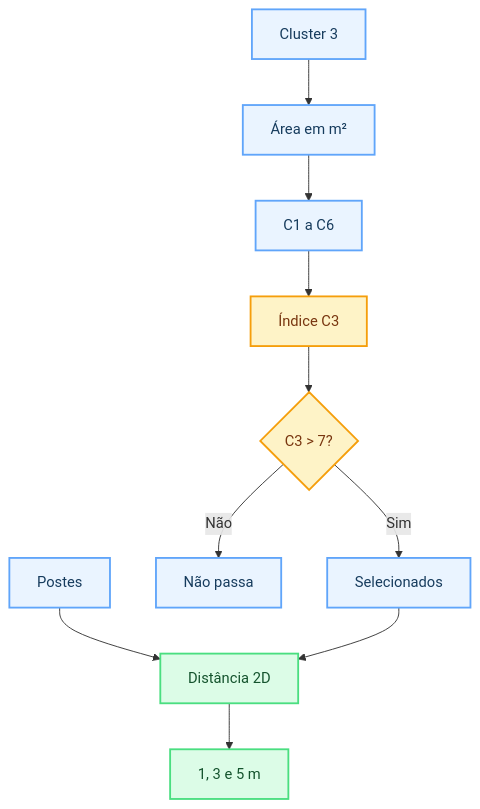
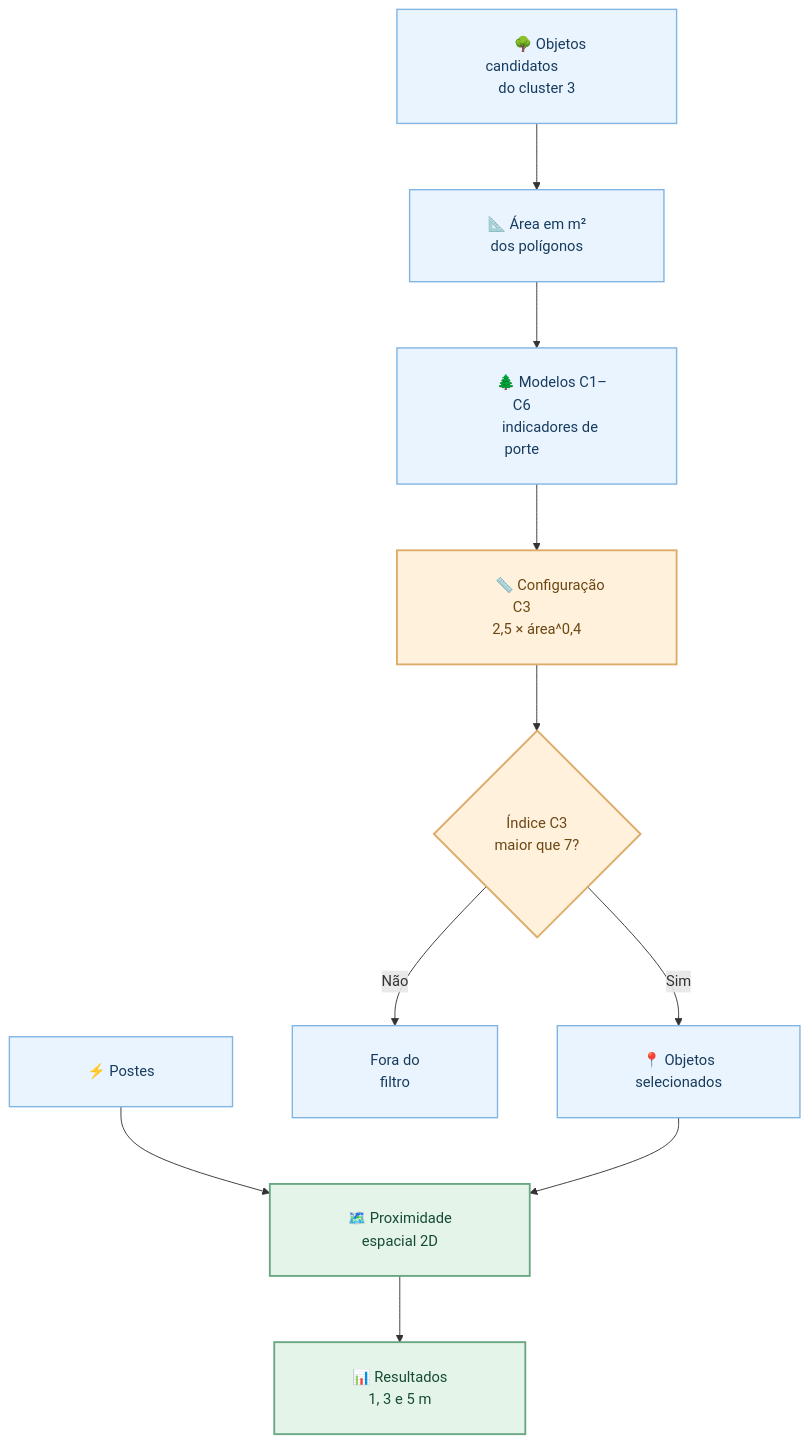
Before and after one commit to BrenoBragaGalvao/mestrado-arvores-urbanas: the second of 2 diagrams in README.md, drawn with Mermaid. The commit also changed other lines of this file, not shown here.

Commit message:
docs(readme): restaurar fluxogramas Mermaid detalhados com caixas mais largas e espaçamento ampliado

````diff
--- a/README.md
+++ b/README.md
@@ -126,19 +124,20 @@
 ```mermaid
+%%{init: {"flowchart": {"nodeSpacing": 65, "rankSpacing": 72, "padding": 26}, "themeVariables": {"fontFamily": "Arial, sans-serif", "fontSize": "16px"}}}%%
 flowchart TD
-    A["Cluster 3"] --> B["Área em m²"]
-    B --> C["C1 a C6"]
-    C --> D["Índice C3"]
-    D --> E{"C3 > 7?"}
-    E -->|Sim| F["Selecionados"]
-    E -->|Não| G["Não passa"]
-    H["Postes"] --> I["Distância 2D"]
+    A["&emsp;&emsp;🌳 Objetos candidatos&emsp;&emsp;<br/>&emsp;&emsp;do cluster 3&emsp;&emsp;"] --> B["&emsp;&emsp;📐 Área em m²&emsp;&emsp;<br/>&emsp;&emsp;dos polígonos&emsp;&emsp;"]
+    B --> C["&emsp;&emsp;🌲 Modelos C1–C6&emsp;&emsp;<br/>&emsp;&emsp;indicadores de porte&emsp;&emsp;"]
+    C --> D["&emsp;&emsp;📏 Configuração C3&emsp;&emsp;<br/>&emsp;&emsp;2,5 × área^0,4&emsp;&emsp;"]
+    D --> E{"&emsp;Índice C3&emsp;<br/>&emsp;maior que 7?&emsp;"}
+    E -->|Sim| F["&emsp;&emsp;📍 Objetos&emsp;&emsp;<br/>&emsp;&emsp;selecionados&emsp;&emsp;"]
+    E -->|Não| G["&emsp;&emsp;Fora do&emsp;&emsp;<br/>&emsp;&emsp;filtro&emsp;&emsp;"]
+    H["&emsp;&emsp;⚡ Postes&emsp;&emsp;"] --> I["&emsp;&emsp;🗺️ Proximidade&emsp;&emsp;<br/>&emsp;&emsp;espacial 2D&emsp;&emsp;"]
     F --> I
-    I --> J["1, 3 e 5 m"]
+    I --> J["&emsp;&emsp;📊 Resultados&emsp;&emsp;<br/>&emsp;&emsp;1, 3 e 5 m&emsp;&emsp;"]
 
-    classDef dados fill:#eaf4ff,stroke:#60a5fa,color:#163b5d,stroke-width:2px;
-    classDef metodo fill:#dcfce7,stroke:#4ade80,color:#14532d,stroke-width:2px;
-    classDef alerta fill:#fef3c7,stroke:#f59e0b,color:#78350f,stroke-width:2px;
+    classDef dados fill:#eaf4ff,stroke:#80b4e2,color:#163b5d,stroke-width:1.5px;
+    classDef metodo fill:#e4f4e8,stroke:#67a681,color:#164b35,stroke-width:2px;
+    classDef alerta fill:#fff1db,stroke:#dcab68,color:#6b4714,stroke-width:2px;
     class A,B,C,F,G,H dados;
     class D,E alerta;
     class I,J metodo;
 ```
````
